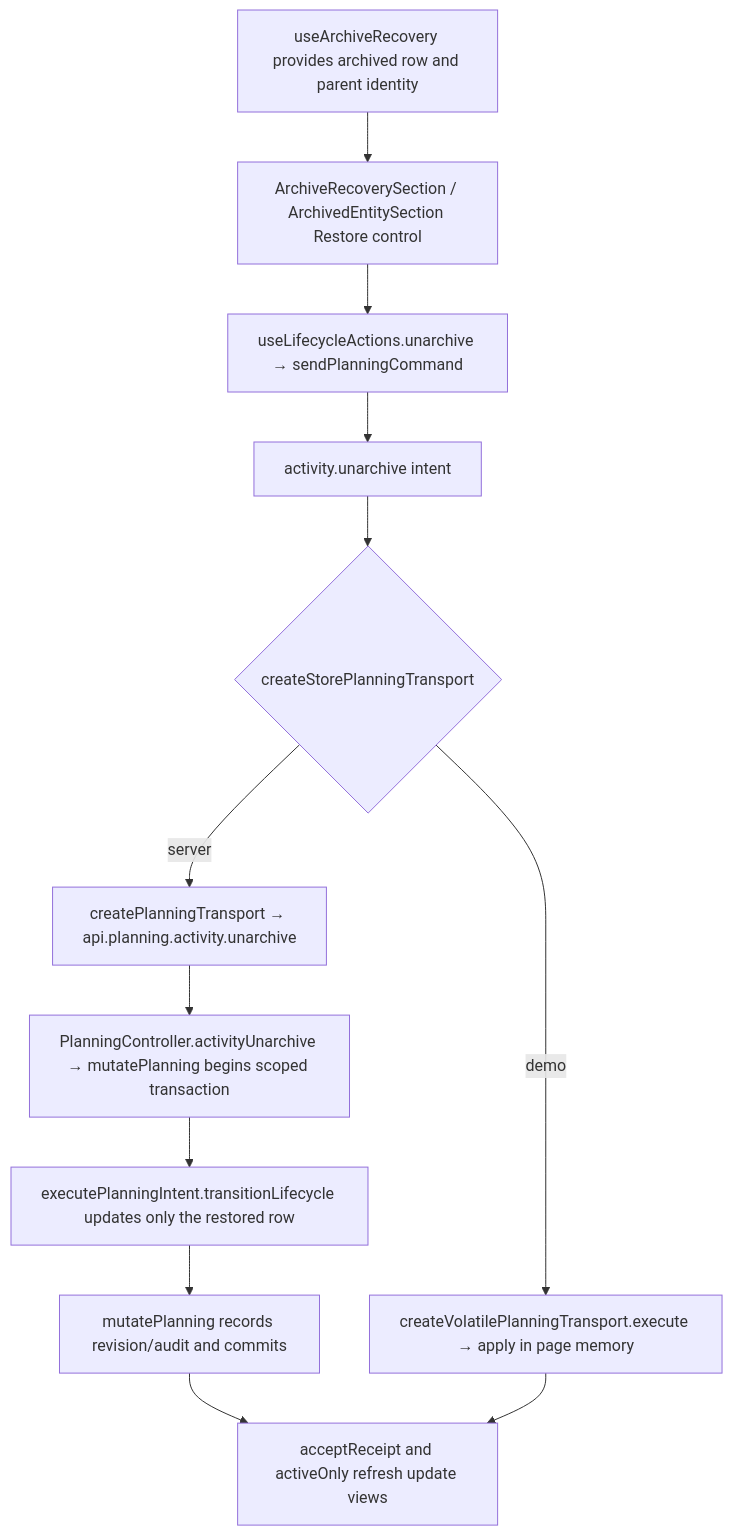
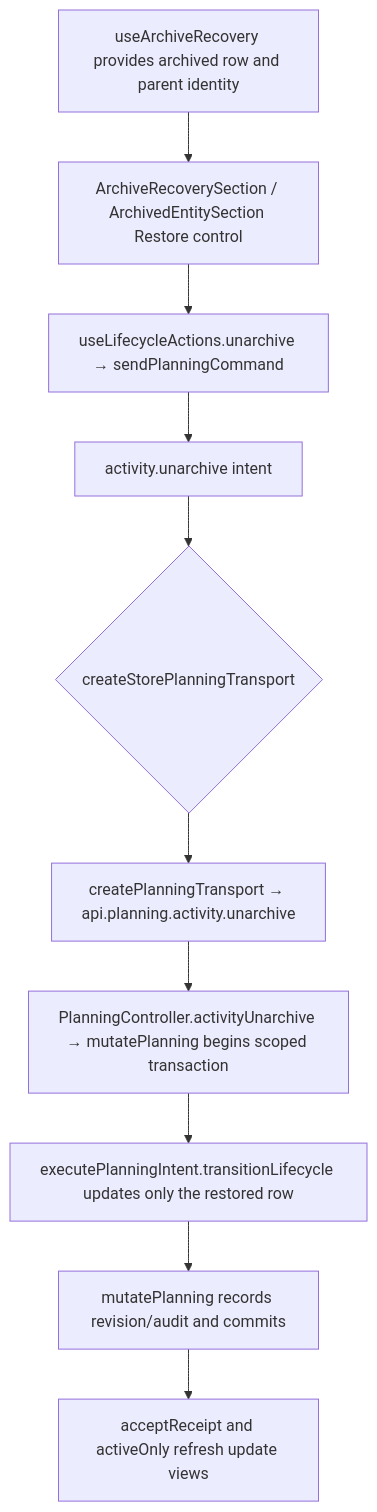
One commit to Kevinjohn/capacitylens changed the second of 2 diagrams in user-stories/activities/US-ACT-05-restore-activity.md. Above: the diagram before and after it, drawn with Mermaid. The commit also changed other lines of this file and 343 other files, not shown here.

Commit message:
feat: use server-owned company planning and a disposable development demo

````diff
--- a/user-stories/activities/US-ACT-05-restore-activity.md
+++ b/user-stories/activities/US-ACT-05-restore-activity.md
@@ -26,9 +26,8 @@
 ```mermaid
 flowchart TD
   A["useArchiveRecovery provides archived row and parent identity"] --> B["ArchiveRecoverySection / ArchivedEntitySection Restore control"]
   B --> C["useLifecycleActions.unarchive → sendPlanningCommand"] --> D["activity.unarchive intent"]
   D --> E{"createStorePlanningTransport"}
-  E -->|server| F["createPlanningTransport → api.planning.activity.unarchive"] --> G["PlanningController.activityUnarchive → mutatePlanning begins scoped transaction"]
+  E --> F["createPlanningTransport → api.planning.activity.unarchive"] --> G["PlanningController.activityUnarchive → mutatePlanning begins scoped transaction"]
   G --> H["executePlanningIntent.transitionLifecycle updates only the restored row"] --> K["mutatePlanning records revision/audit and commits"] --> J["acceptReceipt and activeOnly refresh update views"]
-  E -->|demo| I["createVolatilePlanningTransport.execute → apply in page memory"] --> J
 ```
````
